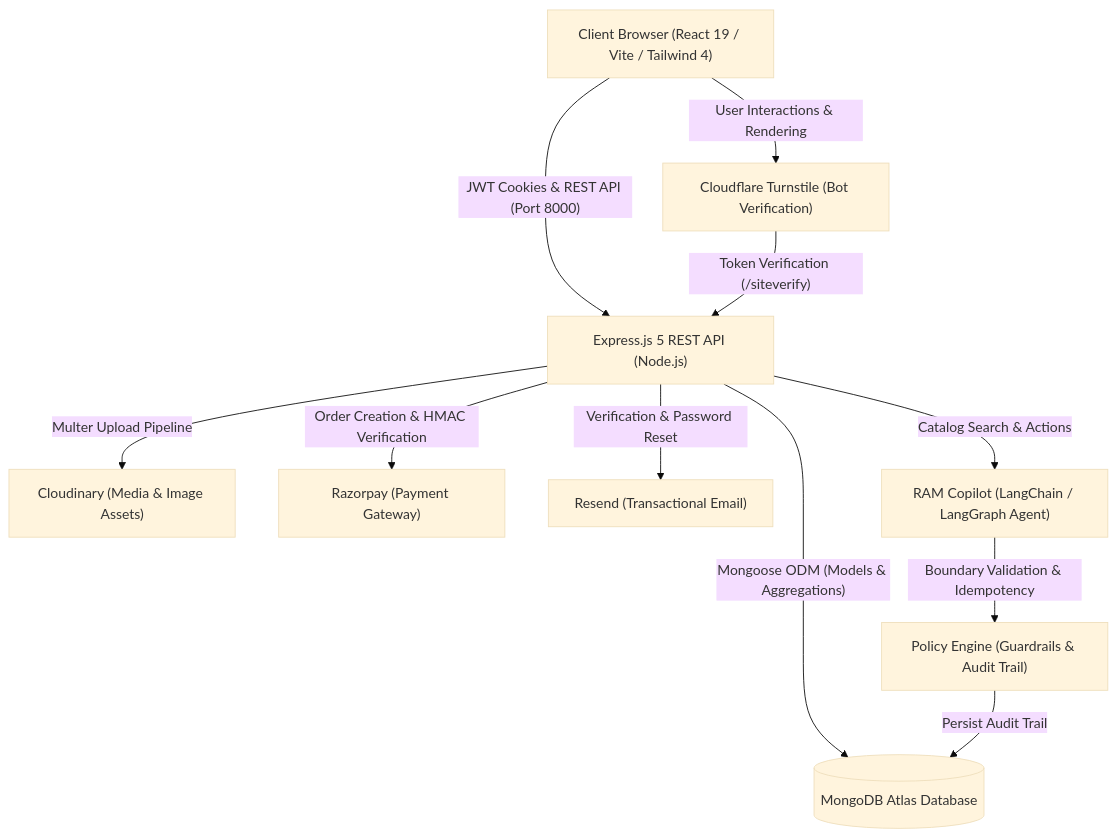
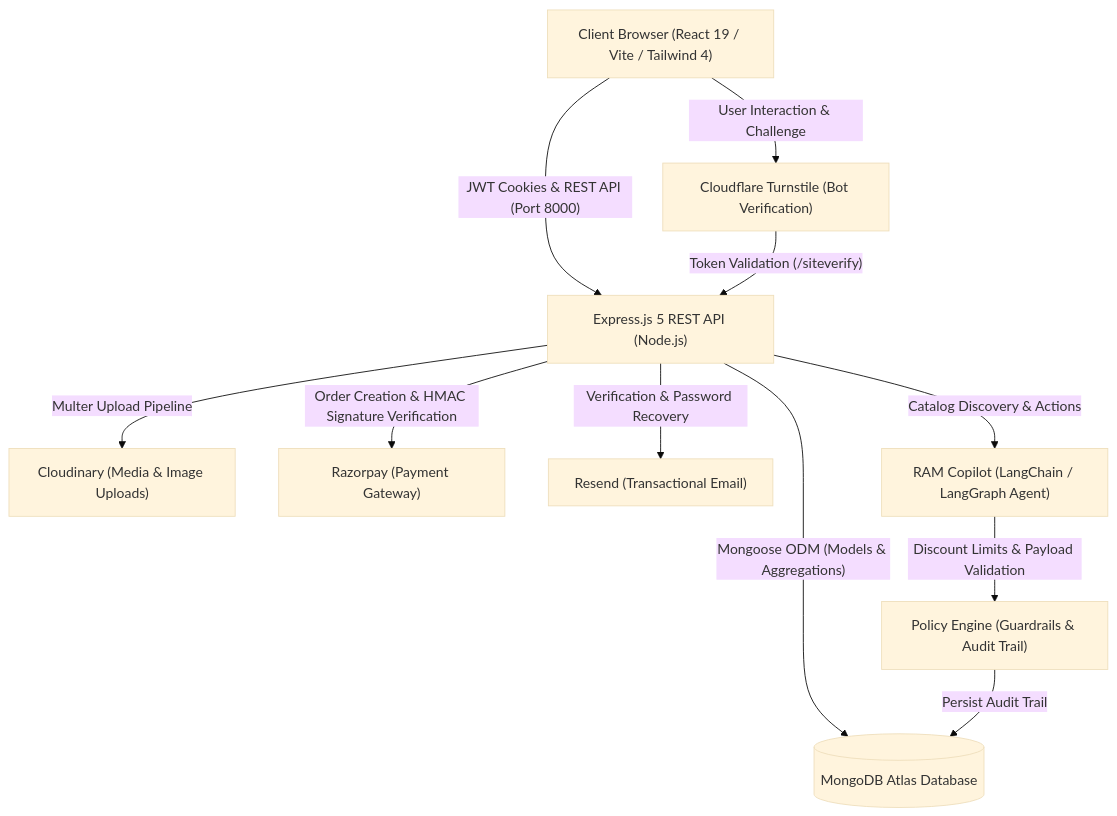
The diagram in README.md (basantbansal/Ecommerce_website_monorepo), drawn with Mermaid (base theme) before and after one commit. The commit also changed other lines of this file and 4 other files, not shown here.

````diff
--- a/README.md
+++ b/README.md
@@ -34,23 +61,23 @@
 ```mermaid
 flowchart TD
     Client["Client Browser (React 19 / Vite / Tailwind 4)"]
     Turnstile["Cloudflare Turnstile (Bot Verification)"]
     API["Express.js 5 REST API (Node.js)"]
     Mongo[("MongoDB Atlas Database")]
-    Cloudinary["Cloudinary (Media & Image Assets)"]
+    Cloudinary["Cloudinary (Media & Image Uploads)"]
     Razorpay["Razorpay (Payment Gateway)"]
     Resend["Resend (Transactional Email)"]
     Copilot["RAM Copilot (LangChain / LangGraph Agent)"]
     Policy["Policy Engine (Guardrails & Audit Trail)"]
 
-    Client -->|"User Interactions & Rendering"| Turnstile
+    Client -->|"User Interaction & Challenge"| Turnstile
     Client -->|"JWT Cookies & REST API (Port 8000)"| API
-    Turnstile -->|"Token Verification (/siteverify)"| API
+    Turnstile -->|"Token Validation (/siteverify)"| API
     API -->|"Mongoose ODM (Models & Aggregations)"| Mongo
     API -->|"Multer Upload Pipeline"| Cloudinary
-    API -->|"Order Creation & HMAC Verification"| Razorpay
-    API -->|"Verification & Password Reset"| Resend
-    API -->|"Catalog Search & Actions"| Copilot
-    Copilot -->|"Boundary Validation & Idempotency"| Policy
+    API -->|"Order Creation & HMAC Signature Verification"| Razorpay
+    API -->|"Verification & Password Recovery"| Resend
+    API -->|"Catalog Discovery & Actions"| Copilot
+    Copilot -->|"Discount Limits & Payload Validation"| Policy
     Policy -->|"Persist Audit Trail"| Mongo
 ```
````
